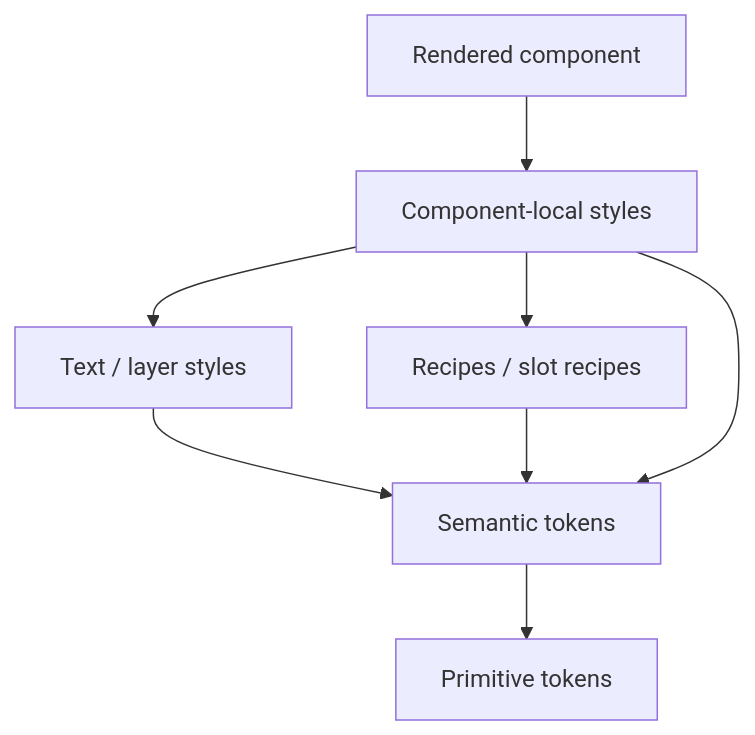
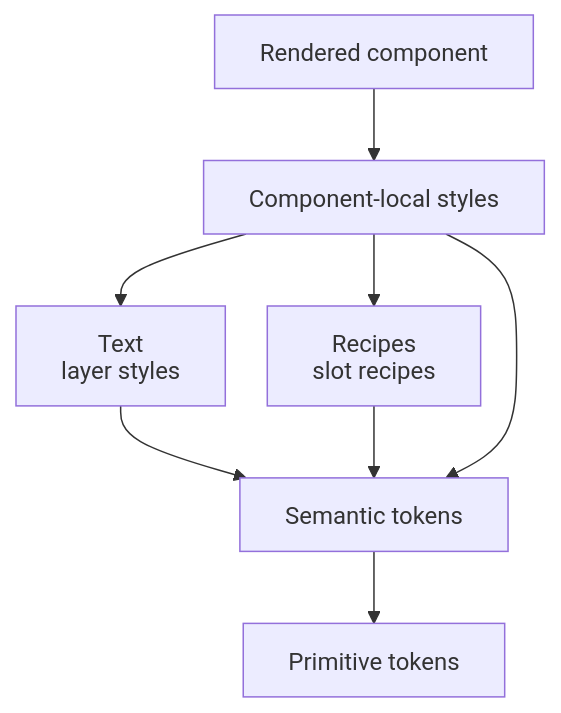
Before and after one commit to AndresTaoFlorez/software-architecture: the first of 7 diagrams in architecture/frontend/styling-and-design-system.md, drawn with Mermaid. The commit also changed other lines of this file and 79 other files, not shown here.

````diff
--- a/architecture/frontend/styling-and-design-system.md
+++ b/architecture/frontend/styling-and-design-system.md
@@ -15,10 +35,11 @@
 ```mermaid
+%%{init: {"htmlLabels": false, "flowchart": {"htmlLabels": false, "nodeSpacing": 28, "rankSpacing": 48, "diagramPadding": 20, "wrappingWidth": 280}, "sequence": {"wrap": true, "diagramMarginX": 20, "diagramMarginY": 20}}}%%
 flowchart TD
     S["Semantic tokens"] --> P["Primitive tokens"]
-    T["Text / layer styles"] --> S
-    R["Recipes / slot recipes"] --> S
+    T["Text<br/>layer styles"] --> S
+    R["Recipes<br/>slot recipes"] --> S
     C["Component-local styles"] --> S
     C --> T
     C --> R
     V["Rendered component"] --> C
 ```
````
